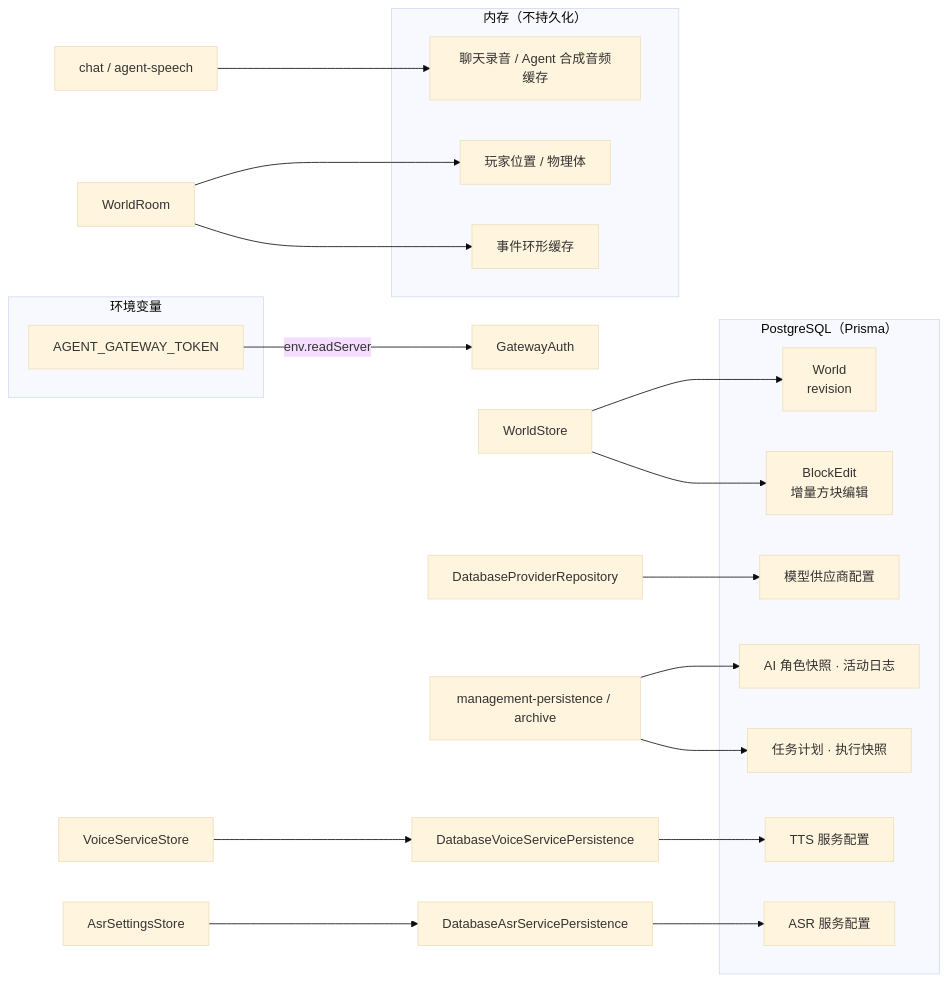
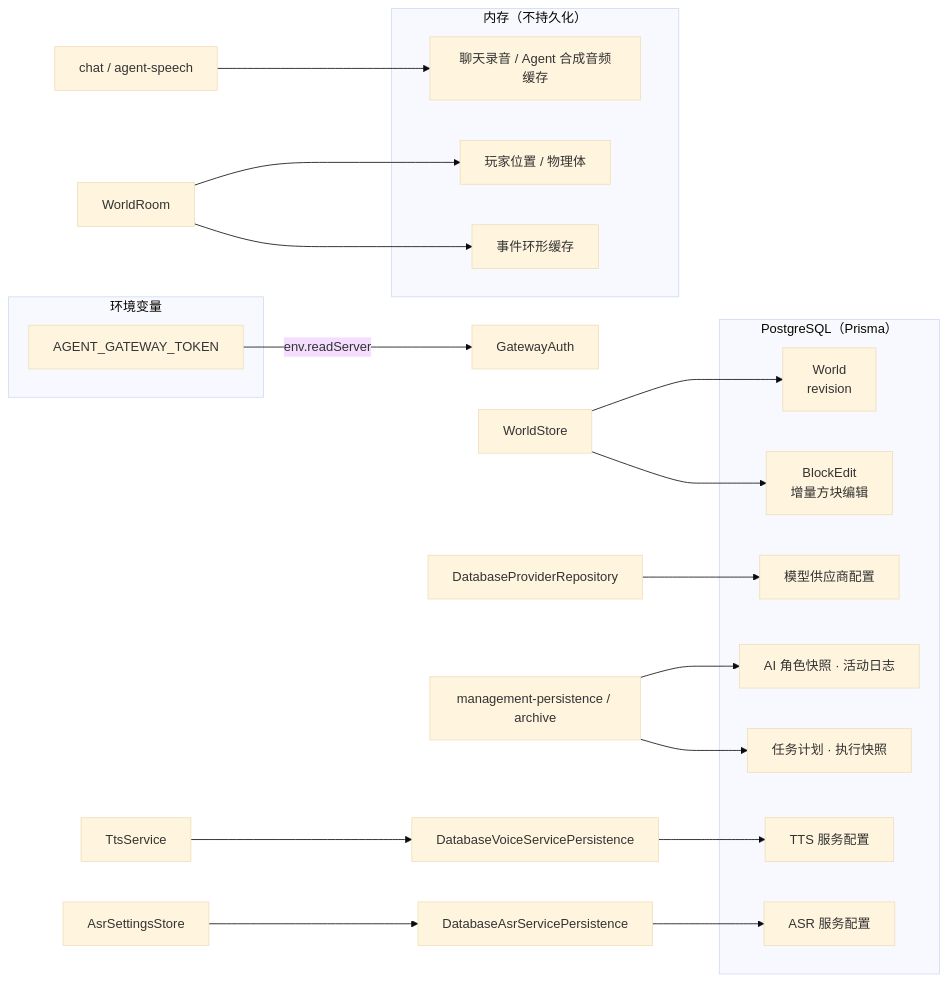
Before and after one commit to lulabs-org/embocraft: diagram 14 of 14 in docs/guide/architecture-diagrams.md, drawn with Mermaid (base theme). The commit also changed other lines of this file and 28 other files, not shown here.

Commit message:
refactor(server): decouple TTS voice coordination

````diff
--- a/docs/guide/architecture-diagrams.md
+++ b/docs/guide/architecture-diagrams.md
@@ -450,34 +450,34 @@
 ```mermaid
 graph LR
     subgraph PG["PostgreSQL（Prisma）"]
         WorldT["World<br/>revision"]
         EditT["BlockEdit<br/>增量方块编辑"]
         Prov["模型供应商配置"]
         Chars["AI 角色快照 · 活动日志"]
         TaskF["任务计划 · 执行快照"]
         VoiceF["TTS 服务配置"]
         ASRF["ASR 服务配置"]
     end
 
     subgraph Env["环境变量"]
         Token["AGENT_GATEWAY_TOKEN"]
     end
 
     subgraph Memory["内存（不持久化）"]
         Rec["聊天录音 / Agent 合成音频缓存"]
         Players["玩家位置 / 物理体"]
         EvBuf["事件环形缓存"]
     end
 
     WorldStoreN["WorldStore"] --> WorldT
     WorldStoreN --> EditT
     DatabaseProviderRepoN["DatabaseProviderRepository"] --> Prov
-    VSN["VoiceServiceStore"] --> VDB["DatabaseVoiceServicePersistence"] --> VoiceF
+    VSN["TtsService"] --> VDB["DatabaseVoiceServicePersistence"] --> VoiceF
     ASN["AsrSettingsStore"] --> ADB["DatabaseAsrServicePersistence"] --> ASRF
     Token -->|env.readServer| GAN["GatewayAuth"]
     MP["management-persistence / archive"] --> Chars
     MP --> TaskF
     ChatN["chat / agent-speech"] --> Rec
     RoomN["WorldRoom"] --> Players
     RoomN --> EvBuf
 ```
````
